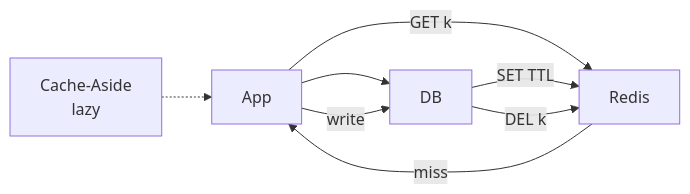
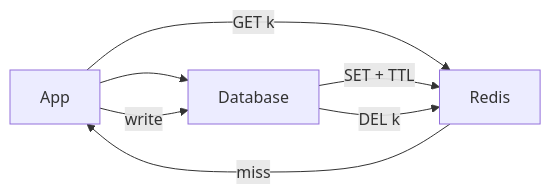
Before and after one commit to rakshitagarwal/champ-dsa: the diagram in content/system-design/caching-strategies.md, drawn with Mermaid. The commit also changed other lines of this file and 100 other files, not shown here.

````diff
--- a/content/system-design/caching-strategies.md
+++ b/content/system-design/caching-strategies.md
@@ -23,10 +51,9 @@
 ```mermaid
 graph LR
     A[App] -->|GET k| B[Redis]
     B -->|miss| A
-    A --> C[DB]
-    C -->|SET TTL| B
+    A --> C[Database]
+    C -->|SET + TTL| B
     A -->|write| C
     C -->|DEL k| B
-    D[Cache-Aside<br/>lazy] -.-> A
 ```
````
